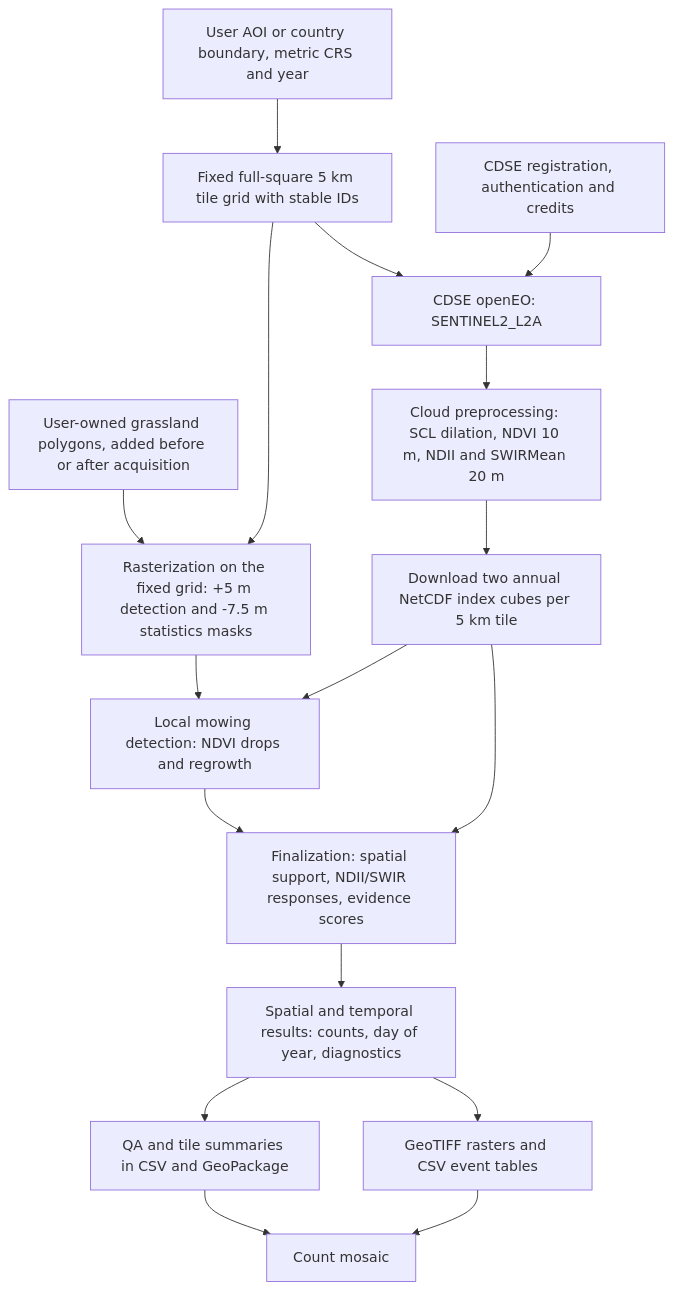
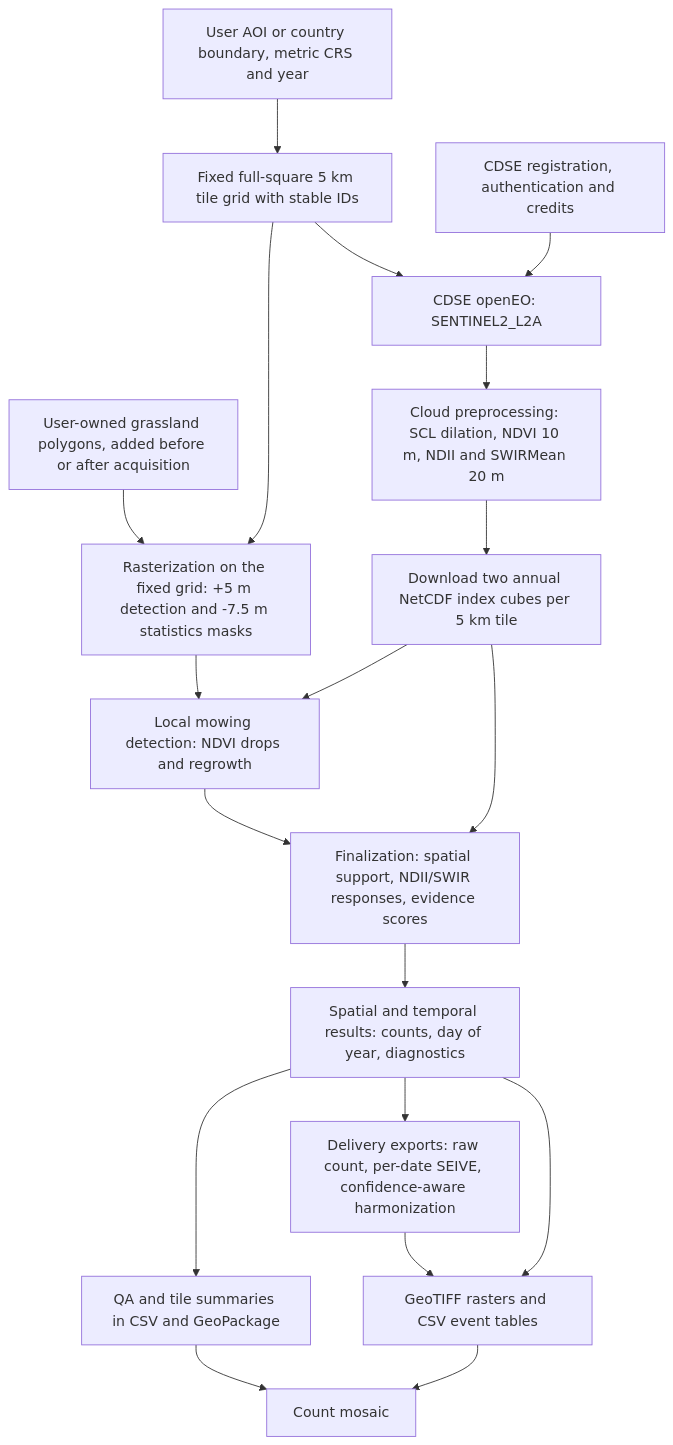
The diagram in docs/architecture.md (EarthObservation/MowEO), drawn with Mermaid before and after one commit. The commit also changed other lines of this file and 18 other files, not shown here.

````diff
--- a/docs/architecture.md
+++ b/docs/architecture.md
@@ -3,19 +3,21 @@
 ```mermaid
 flowchart TD
     A[User AOI or country boundary, metric CRS and year] --> T[Fixed full-square 5 km tile grid with stable IDs]
     T --> B[CDSE openEO: SENTINEL2_L2A]
     L[CDSE registration, authentication and credits] --> B
     B --> C[Cloud preprocessing: SCL dilation, NDVI 10 m, NDII and SWIRMean 20 m]
     C --> D[Download two annual NetCDF index cubes per 5 km tile]
     G[User-owned grassland polygons, added before or after acquisition] --> H[Rasterization on the fixed grid: +5 m detection and -7.5 m statistics masks]
     T --> H
     H --> E[Local mowing detection: NDVI drops and regrowth]
     D --> E
     E --> F[Finalization: spatial support, NDII/SWIR responses, evidence scores]
     D --> F
     F --> I[Spatial and temporal results: counts, day of year, diagnostics]
+    I --> P[Delivery exports: raw count, per-date SEIVE, confidence-aware harmonization]
+    P --> J
     I --> J[GeoTIFF rasters and CSV event tables]
     I --> K[QA and tile summaries in CSV and GeoPackage]
     K --> M[Count mosaic]
     J --> M
 ```
````
